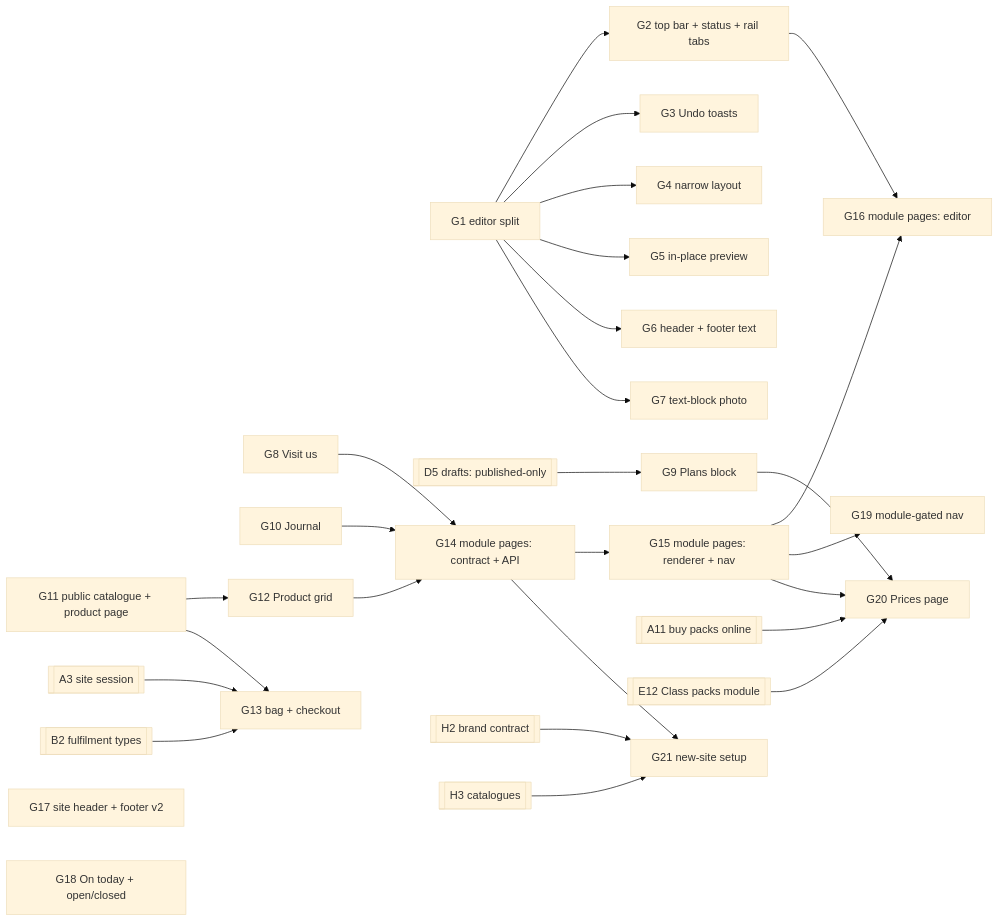
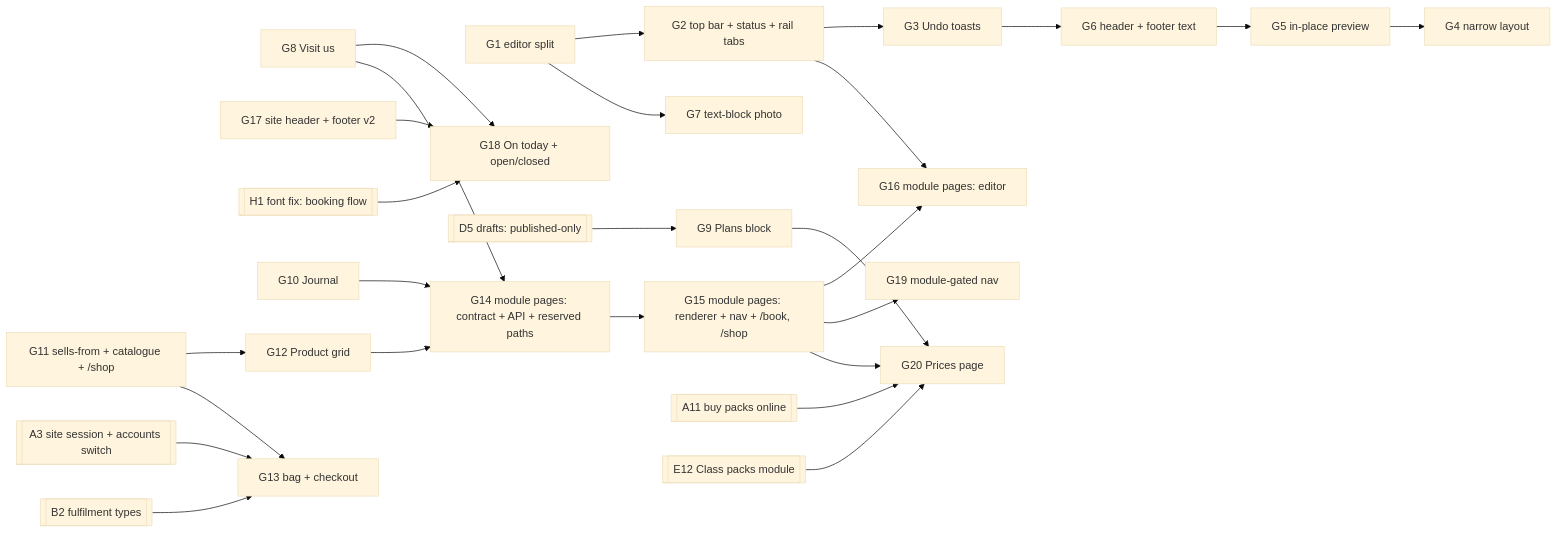
One commit to saroh-labs/saroh.in changed the second of 2 diagrams in docs/plans/2026-09-26-007-feat-site-editor-customer-site-plan.md. Above: the diagram before and after it, drawn with Mermaid (base theme). The commit also changed other lines of this file, not shown here.

First line of the commit message:
docs(plans): site editor phase 1 is G1–G6, G8, G17, G18, with the editor units in one chain

````diff
--- a/docs/plans/2026-09-26-007-feat-site-editor-customer-site-plan.md
+++ b/docs/plans/2026-09-26-007-feat-site-editor-customer-site-plan.md
@@ -364,32 +479,31 @@
 ```mermaid
 flowchart LR
   G1[G1 editor split] --> G2[G2 top bar + status + rail tabs]
-  G1 --> G3[G3 Undo toasts]
-  G1 --> G4[G4 narrow layout]
-  G1 --> G5[G5 in-place preview]
-  G1 --> G6[G6 header + footer text]
+  G2 --> G3[G3 Undo toasts]
+  G3 --> G6[G6 header + footer text]
+  G6 --> G5[G5 in-place preview]
+  G5 --> G4[G4 narrow layout]
   G1 --> G7[G7 text-block photo]
   G8[G8 Visit us]
+  G17[G17 site header + footer v2]
+  G8 --> G18[G18 On today + open/closed]
+  G17 --> G18
+  H1[[H1 font fix: booking flow]] --> G18
   G10[G10 Journal]
   D5[[D5 drafts: published-only]] --> G9[G9 Plans block]
-  G11[G11 public catalogue + product page] --> G12[G12 Product grid]
+  G11[G11 sells-from + catalogue + /shop] --> G12[G12 Product grid]
   G11 --> G13[G13 bag + checkout]
-  A3[[A3 site session]] --> G13
+  A3[[A3 site session + accounts switch]] --> G13
   B2[[B2 fulfilment types]] --> G13
-  G8 --> G14[G14 module pages: contract + API]
+  G8 --> G14[G14 module pages: contract + API + reserved paths]
   G10 --> G14
   G12 --> G14
-  G14 --> G15[G15 module pages: renderer + nav]
+  G14 --> G15[G15 module pages: renderer + nav + /book, /shop]
   G15 --> G16[G16 module pages: editor]
   G2 --> G16
   G15 --> G19[G19 module-gated nav]
-  G17[G17 site header + footer v2]
-  G18[G18 On today + open/closed]
   G9 --> G20[G20 Prices page]
   A11[[A11 buy packs online]] --> G20
   E12[[E12 Class packs module]] --> G20
   G15 --> G20
-  H2[[H2 brand contract]] --> G21[G21 new-site setup]
-  H3[[H3 catalogues]] --> G21
-  G14 --> G21
 ```
````
